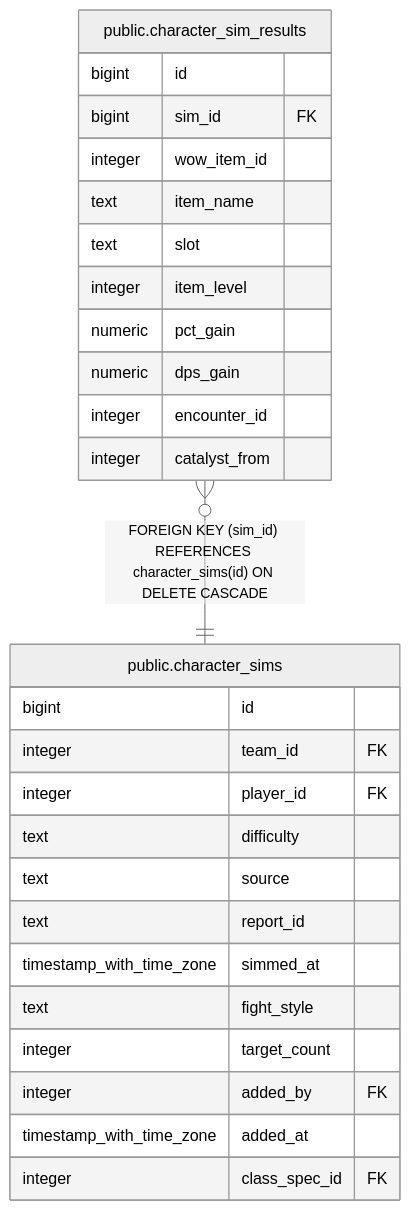
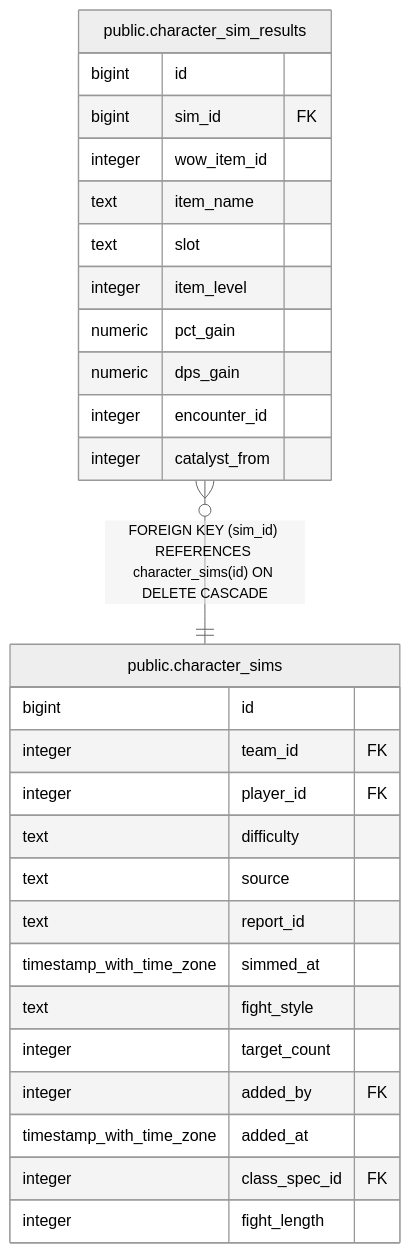
One commit to katogaming88/WGA-Raid-Hub changed the diagram in dbdoc/public.character_sim_results.md. Above: the diagram before and after it, drawn with Mermaid (neutral theme). The commit also changed 43 other files, not shown here.

````diff
--- a/dbdoc/public.character_sim_results.md
+++ b/dbdoc/public.character_sim_results.md
@@ -45,32 +45,33 @@
 ```mermaid
 erDiagram
 
 "public.character_sim_results" }o--|| "public.character_sims" : "FOREIGN KEY (sim_id) REFERENCES character_sims(id) ON DELETE CASCADE"
 
 "public.character_sim_results" {
   bigint id
   bigint sim_id FK
   integer wow_item_id
   text item_name
   text slot
   integer item_level
   numeric pct_gain
   numeric dps_gain
   integer encounter_id
   integer catalyst_from
 }
 "public.character_sims" {
   bigint id
   integer team_id FK
   integer player_id FK
   text difficulty
   text source
   text report_id
   timestamp_with_time_zone simmed_at
   text fight_style
   integer target_count
   integer added_by FK
   timestamp_with_time_zone added_at
   integer class_spec_id FK
+  integer fight_length
 }
 ```
````
